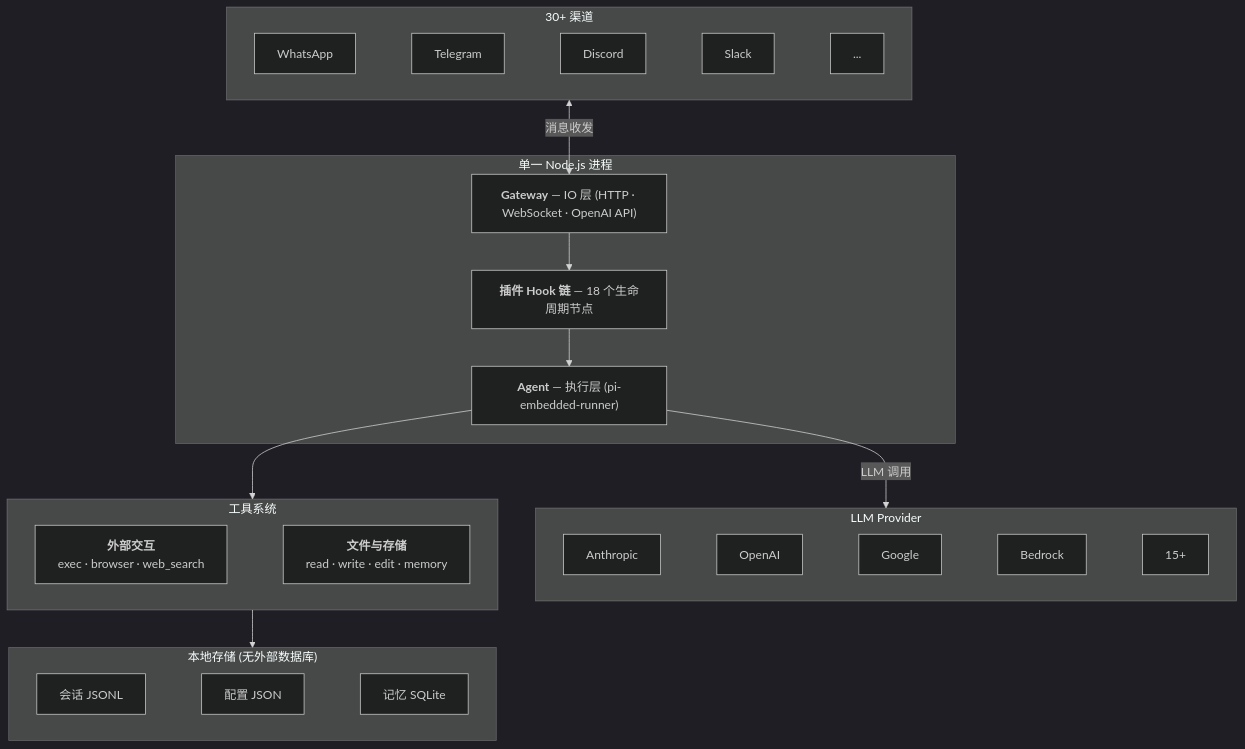
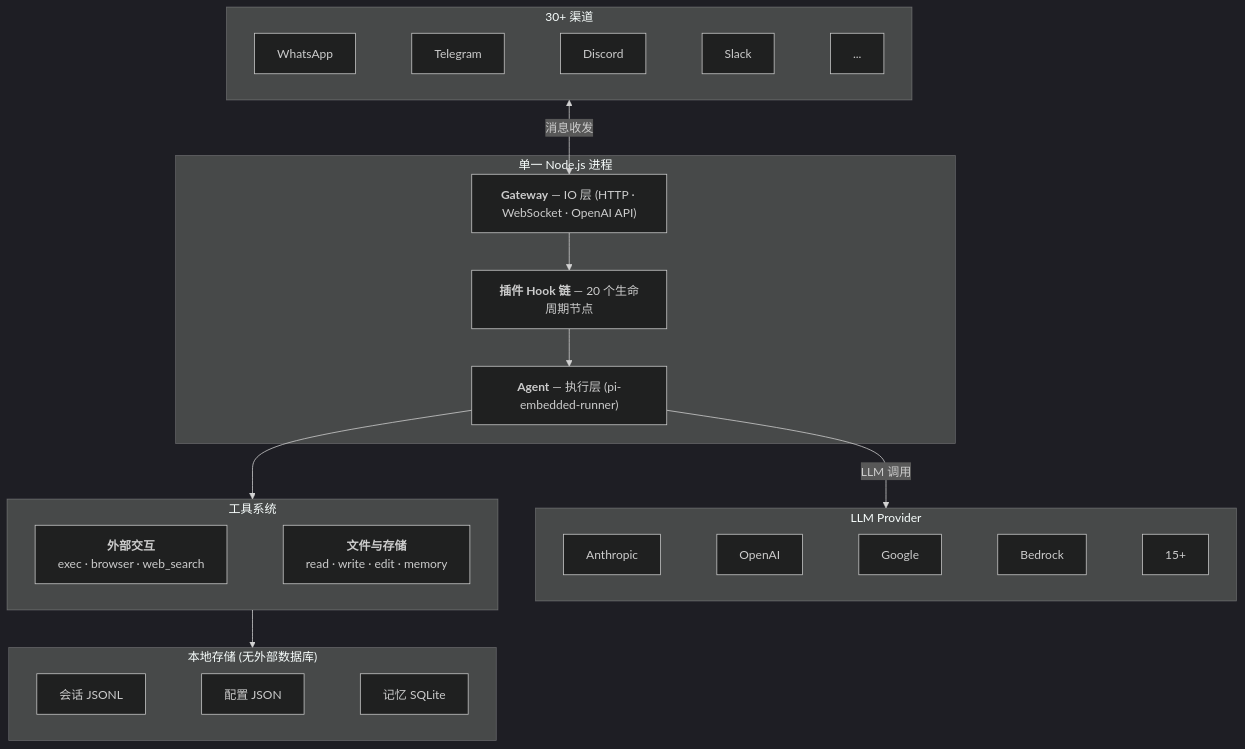
The first of 3 diagrams in _posts/2026-02-20-openclaw-architecture.md (renlulu/renlulu.github.io), drawn with Mermaid (dark theme) before and after one commit. The commit also changed other lines of this file, not shown here.

First line of the commit message:
feat(blog): Deepen OpenClaw architecture analysis

````diff
--- a/_posts/2026-02-20-openclaw-architecture.md
+++ b/_posts/2026-02-20-openclaw-architecture.md
@@ -31,34 +31,34 @@
 ```mermaid
 graph TB
     subgraph Channels["30+ 渠道"]
         direction LR
         WA[WhatsApp] ~~~ TG[Telegram] ~~~ DC[Discord] ~~~ SL[Slack] ~~~ MORE[...]
     end
 
     subgraph Process["单一 Node.js 进程"]
         GW["<b>Gateway</b> — IO 层 (HTTP · WebSocket · OpenAI API)"]
-        HOOKS["<b>插件 Hook 链</b> — 18 个生命周期节点"]
+        HOOKS["<b>插件 Hook 链</b> — 20 个生命周期节点"]
         AGENT["<b>Agent</b> — 执行层 (pi-embedded-runner)"]
     end
 
     subgraph Providers["LLM Provider"]
         direction LR
         P1[Anthropic] ~~~ P2[OpenAI] ~~~ P3[Google] ~~~ P4[Bedrock] ~~~ P5[15+]
     end
 
     subgraph Tools["工具系统"]
         direction LR
         EXT["<b>外部交互</b><br/>exec · browser · web_search"] ~~~ INT["<b>文件与存储</b><br/>read · write · edit · memory"]
     end
 
     subgraph Storage["本地存储 (无外部数据库)"]
         direction LR
         S1["会话 JSONL"] ~~~ S2["配置 JSON"] ~~~ S3["记忆 SQLite"]
     end
 
     Channels <-->|"消息收发"| GW
     GW --> HOOKS --> AGENT
     AGENT -->|"LLM 调用"| Providers
     AGENT --> Tools
     INT --> Storage
 ```
````
